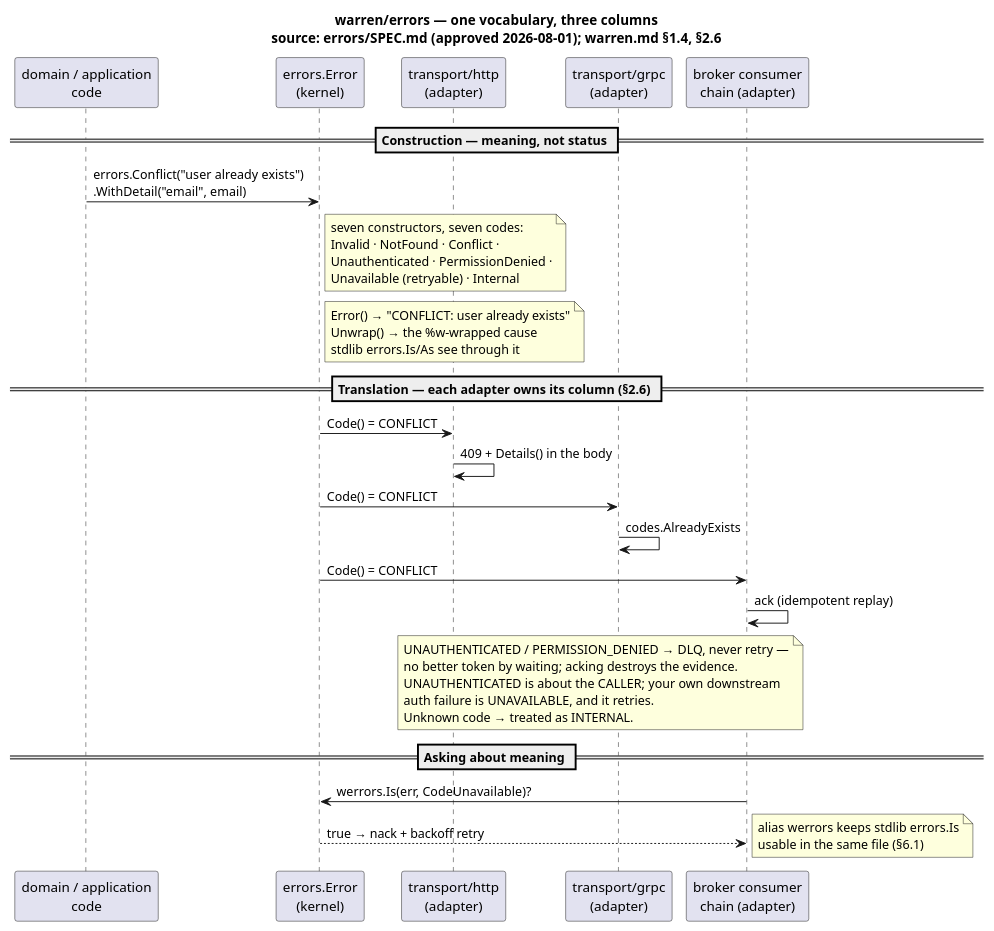
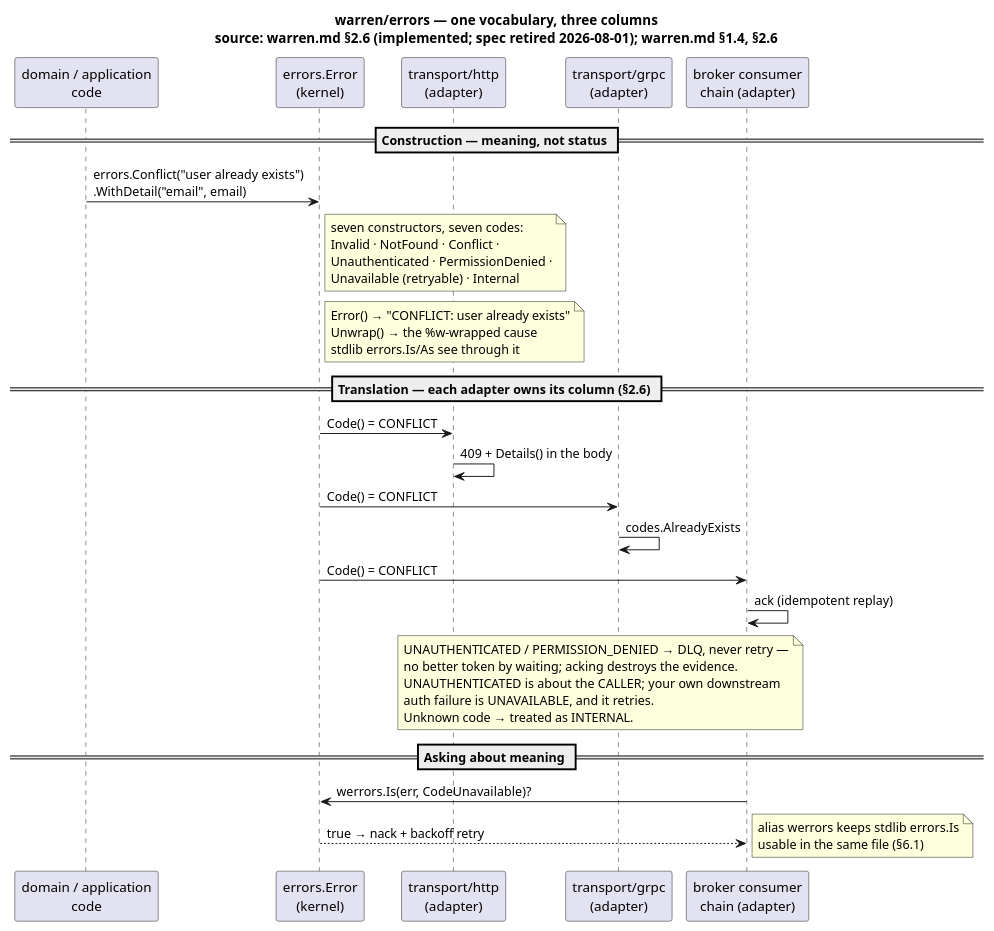
Before and after one commit to MerseniBilel/warren: the diagram in docs/assets/errors-usage.puml, drawn with PlantUML. The commit also changed 29 other files, not shown here.

```diff
--- a/docs/assets/errors-usage.puml
+++ b/docs/assets/errors-usage.puml
@@ -1,29 +1,29 @@
 @startuml errors-usage
-title warren/errors — one vocabulary, three columns\nsource: errors/SPEC.md (approved 2026-08-01); warren.md §1.4, §2.6
+title warren/errors — one vocabulary, three columns\nsource: warren.md §2.6 (implemented; spec retired 2026-08-01); warren.md §1.4, §2.6
 
 participant "domain / application\ncode" as domain
 participant "errors.Error\n(kernel)" as err
 participant "transport/http\n(adapter)" as http
 participant "transport/grpc\n(adapter)" as grpc
 participant "broker consumer\nchain (adapter)" as consumer
 
 == Construction — meaning, not status ==
 domain -> err : errors.Conflict("user already exists")\n.WithDetail("email", email)
 note right of err : seven constructors, seven codes:\nInvalid · NotFound · Conflict ·\nUnauthenticated · PermissionDenied ·\nUnavailable (retryable) · Internal
 note right of err : Error() → "CONFLICT: user already exists"\nUnwrap() → the %w-wrapped cause\nstdlib errors.Is/As see through it
 
 == Translation — each adapter owns its column (§2.6) ==
 err -> http : Code() = CONFLICT
 http -> http : 409 + Details() in the body
 err -> grpc : Code() = CONFLICT
 grpc -> grpc : codes.AlreadyExists
 err -> consumer : Code() = CONFLICT
 consumer -> consumer : ack (idempotent replay)
 
 note over http, consumer : UNAUTHENTICATED / PERMISSION_DENIED → DLQ, never retry —\nno better token by waiting; acking destroys the evidence.\nUNAUTHENTICATED is about the CALLER; your own downstream\nauth failure is UNAVAILABLE, and it retries.\nUnknown code → treated as INTERNAL.
 
 == Asking about meaning ==
 consumer -> err : werrors.Is(err, CodeUnavailable)?
 err --> consumer : true → nack + backoff retry
 note right : alias werrors keeps stdlib errors.Is\nusable in the same file (§6.1)
 @enduml
```
